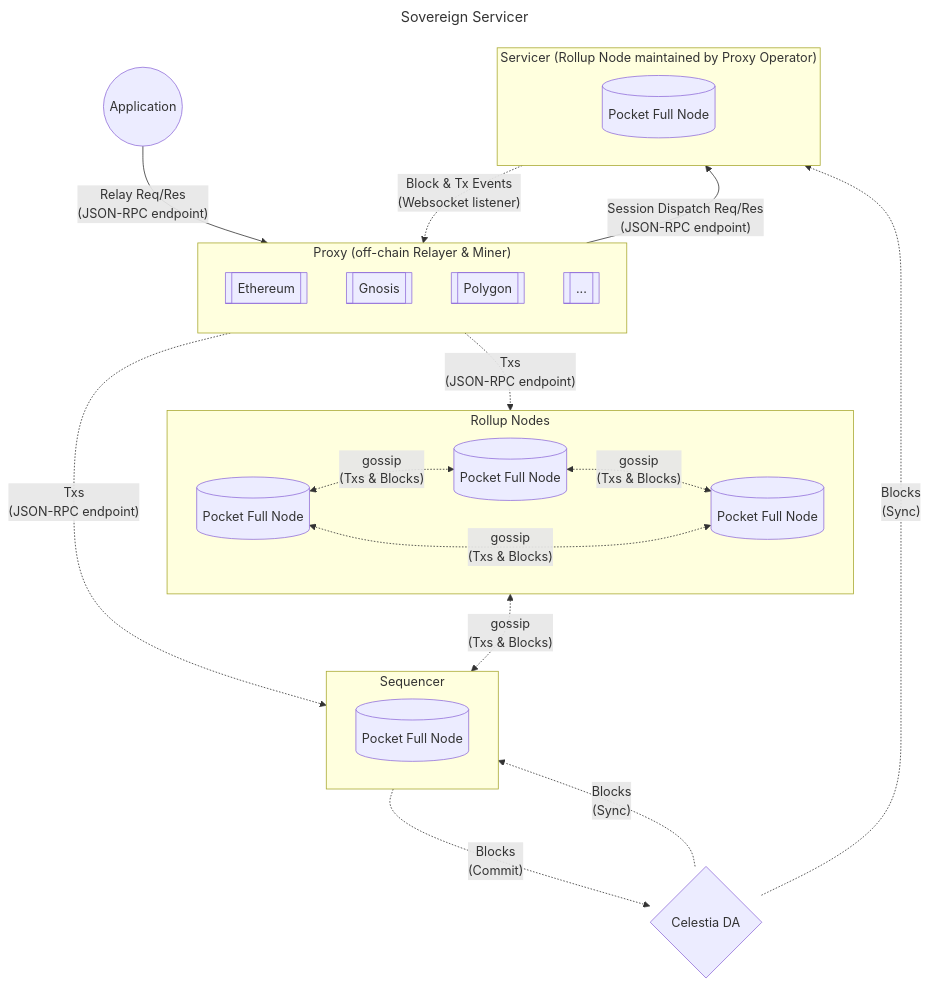
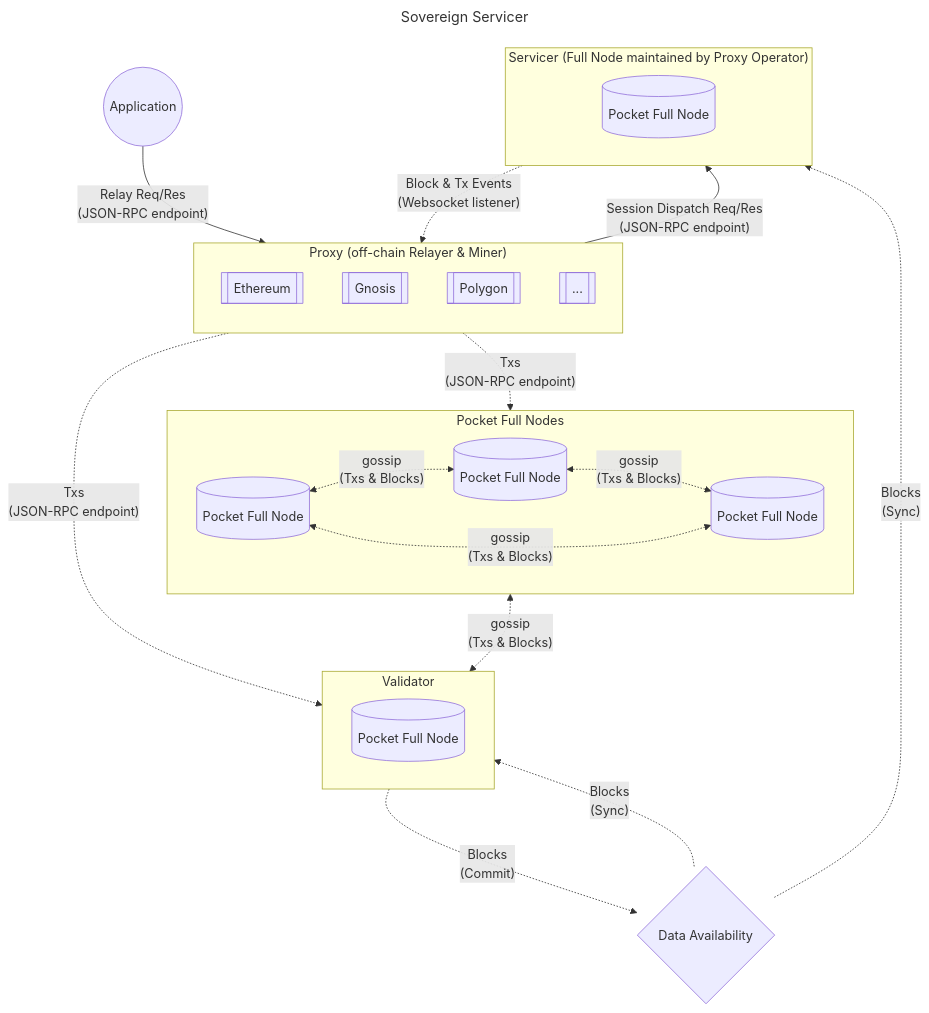
Before and after one commit to pokt-network/poktroll: the second of 2 diagrams in docusaurus/docs/architecture/network.md, drawn with Mermaid. The commit also changed other lines of this file and 30 other files, not shown here.

Commit message:
Review rollup -> validator changes

````diff
--- a/docusaurus/docs/architecture/network.md
+++ b/docusaurus/docs/architecture/network.md
@@ -76,38 +74,38 @@
 ```mermaid
 ---
 title: Sovereign Servicer
 ---
 flowchart TB
     a(("Application"))
-    subgraph prln["Rollup Nodes"]
+    subgraph pfn["Pocket Full Nodes"]
         pfn1[("Pocket Full Node")]
         pfn2[("Pocket Full Node")]
         pfn3[("Pocket Full Node")]
         pfn1 <-. gossip \n (Txs & Blocks) .-> pfn2
         pfn2 <-. gossip \n (Txs & Blocks) .-> pfn3
         pfn3 <-. gossip \n (Txs & Blocks) .-> pfn1
     end
-    subgraph ps["Sequencer"]
+    subgraph pv["Validator"]
         pl1[("Pocket Full Node")]
     end
     subgraph r["Proxy (off-chain Relayer & Miner)"]
         direction TB
         eth[["Ethereum"]]
         gn[["Gnosis"]]
         pg[["Polygon"]]
         etc[["..."]]
     end
-    subgraph s["Servicer (Rollup Node maintained by Proxy Operator) "]
+    subgraph s["Servicer (Full Node maintained by Proxy Operator) "]
         pl2[("Pocket Full Node")]
     end
-    c{"Celestia DA"}
+    da{"Data Availability"}
     a -- Relay Req/Res \n (JSON-RPC endpoint) --> r
     s -. Block & Tx Events \n (Websocket listener).-> r
     r -- Session Dispatch Req/Res \n (JSON-RPC endpoint)--> s
-    r -. Txs \n (JSON-RPC endpoint).-> prln
-    r -. Txs \n (JSON-RPC endpoint).-> ps
-    prln <-. gossip \n (Txs & Blocks) .-> ps
-    ps -. Blocks\n(Commit) .->c
-    c -. Blocks\n(Sync) .-> ps
-    c -. Blocks\n(Sync).-> s
+    r -. Txs \n (JSON-RPC endpoint).-> pfn
+    r -. Txs \n (JSON-RPC endpoint).-> pv
+    pfn <-. gossip \n (Txs & Blocks) .-> pv
+    pv -. Blocks\n(Commit) .->da
+    da -. Blocks\n(Sync) .-> pv
+    da -. Blocks\n(Sync).-> s
 ```
````
